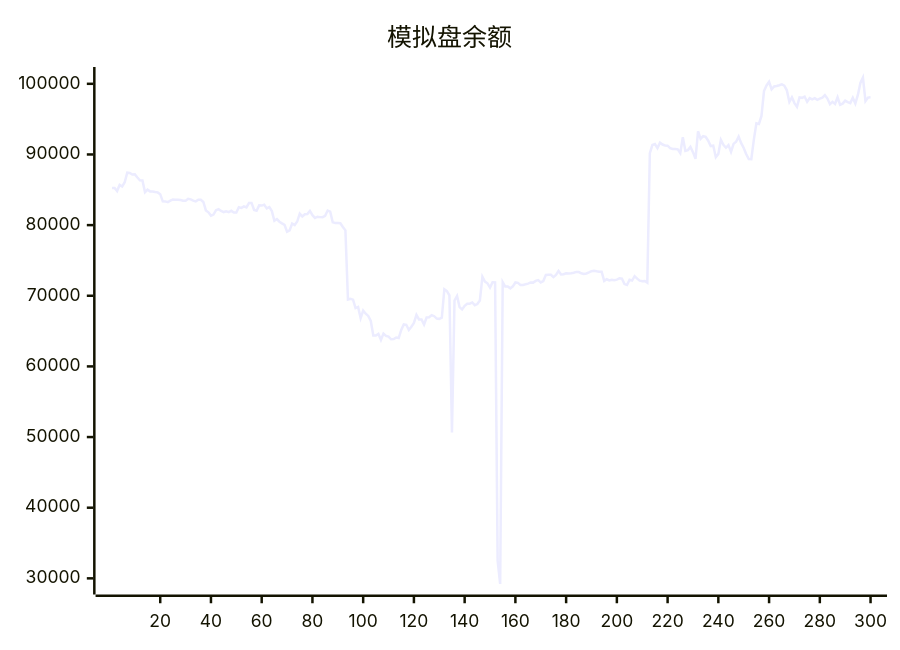
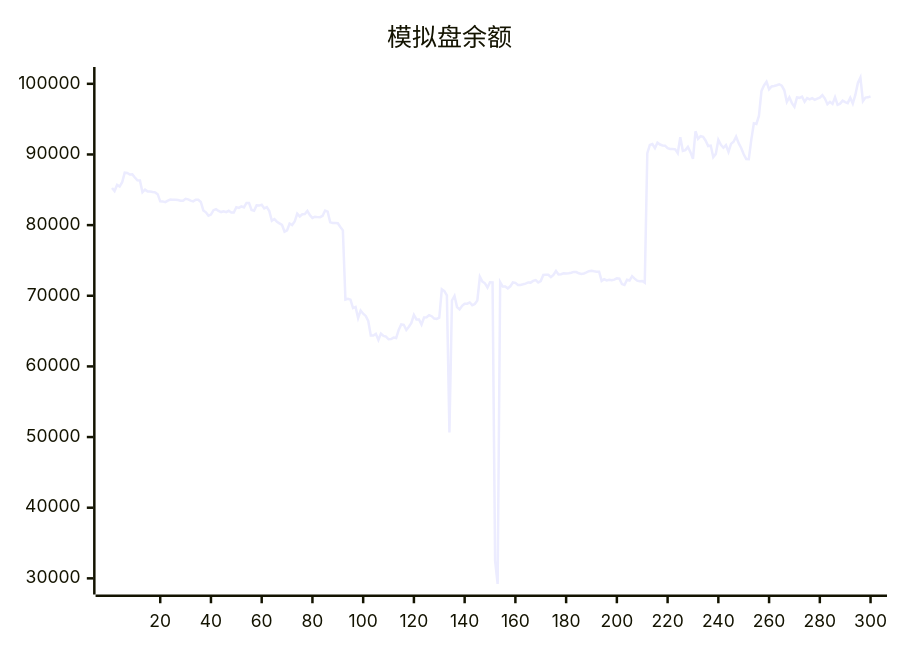
One commit to aahl/ai-trading changed the diagram in README.md. Above: the diagram before and after it, drawn with Mermaid. The commit also changed other lines of this file and 1 other file, not shown here.

````diff
--- a/README.md
+++ b/README.md
@@ -5,5 +5,5 @@
 ```mermaid
 xychart
     title "模拟盘余额"
-    line [85251,85255,84820,85689,85453,86066,87420,87373,87161,87178,86740,86341,86315,84643,85012,84772,84768,84690,84635,84376,83360,83357,83259,83474,83608,83606,83602,83548,83440,83454,83724,83644,83464,83365,83590,83592,83275,82072,81806,81344,81492,82109,82254,82006,81848,81955,81829,82022,81769,81776,82522,82441,82656,82498,83144,83144,82150,82038,82797,82763,82872,82367,82536,81981,80612,80862,80484,80242,80034,79063,79245,80226,80016,80507,81625,81233,81544,81578,82016,81401,81019,81186,81130,81118,81306,82066,81909,80392,80304,80291,80258,79729,79261,69466,69579,69456,68251,68415,66832,67911,67462,67144,66432,64380,64375,64606,63740,64647,64324,64216,63842,63877,64078,64008,65156,65945,65888,65157,65625,66144,67284,66653,66639,65924,66925,66956,67263,67108,66766,66729,66886,70927,70673,70049,50652,69334,69973,68400,68061,68578,68876,68879,69055,68662,68822,69329,72687,71999,71760,71162,71911,71896,32500,29218,71927,71297,71305,71044,71337,71883,71822,71536,71536,71622,71723,71880,71860,72100,72216,71887,72077,72940,72976,72966,72638,72948,73497,73004,73041,73173,73160,73186,73258,73375,73351,73173,73098,73161,73305,73474,73536,73457,73413,73412,72100,72333,72164,72272,72204,72285,72461,72421,71652,71521,72267,72157,72774,72424,72144,72060,72091,71858,90185,91338,91466,90900,91678,91404,91268,91244,90903,90779,90787,90721,90187,92429,90518,90619,91070,90328,89376,93286,92202,92581,92485,91947,91196,91259,89619,90086,92063,91355,90950,91327,90373,91498,91800,92531,91603,90910,90031,89351,89334,92097,94406,94315,95455,98972,99763,100286,99229,99622,99701,99805,99938,99738,99082,97430,98094,97267,96741,98081,98013,98194,97447,97983,97789,97969,97729,97911,98043,98405,97912,97120,97448,97154,98095,97021,97190,97616,97402,97263,98035,97210,98424,100120,100876,97552,98049,98085]
+    line [85255,84820,85689,85453,86066,87420,87373,87161,87178,86740,86341,86315,84643,85012,84772,84768,84690,84635,84376,83360,83357,83259,83474,83608,83606,83602,83548,83440,83454,83724,83644,83464,83365,83590,83592,83275,82072,81806,81344,81492,82109,82254,82006,81848,81955,81829,82022,81769,81776,82522,82441,82656,82498,83144,83144,82150,82038,82797,82763,82872,82367,82536,81981,80612,80862,80484,80242,80034,79063,79245,80226,80016,80507,81625,81233,81544,81578,82016,81401,81019,81186,81130,81118,81306,82066,81909,80392,80304,80291,80258,79729,79261,69466,69579,69456,68251,68415,66832,67911,67462,67144,66432,64380,64375,64606,63740,64647,64324,64216,63842,63877,64078,64008,65156,65945,65888,65157,65625,66144,67284,66653,66639,65924,66925,66956,67263,67108,66766,66729,66886,70927,70673,70049,50652,69334,69973,68400,68061,68578,68876,68879,69055,68662,68822,69329,72687,71999,71760,71162,71911,71896,32500,29218,71927,71297,71305,71044,71337,71883,71822,71536,71536,71622,71723,71880,71860,72100,72216,71887,72077,72940,72976,72966,72638,72948,73497,73004,73041,73173,73160,73186,73258,73375,73351,73173,73098,73161,73305,73474,73536,73457,73413,73412,72100,72333,72164,72272,72204,72285,72461,72421,71652,71521,72267,72157,72774,72424,72144,72060,72091,71858,90185,91338,91466,90900,91678,91404,91268,91244,90903,90779,90787,90721,90187,92429,90518,90619,91070,90328,89376,93286,92202,92581,92485,91947,91196,91259,89619,90086,92063,91355,90950,91327,90373,91498,91800,92531,91603,90910,90031,89351,89334,92097,94406,94315,95455,98972,99763,100286,99229,99622,99701,99805,99938,99738,99082,97430,98094,97267,96741,98081,98013,98194,97447,97983,97789,97969,97729,97911,98043,98405,97912,97120,97448,97154,98095,97021,97190,97616,97402,97263,98035,97210,98424,100120,100876,97552,98049,98085,98228]
 ```
````
